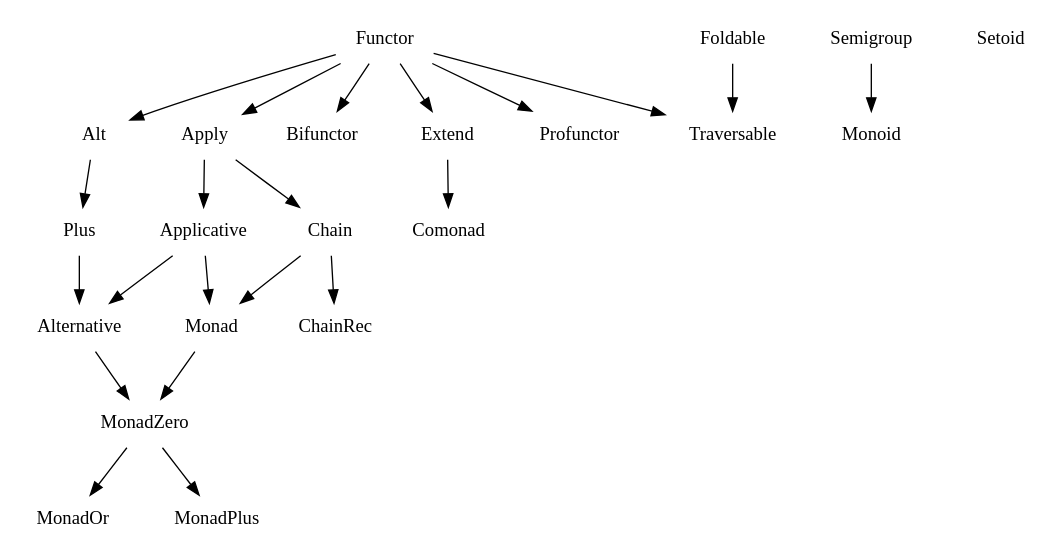
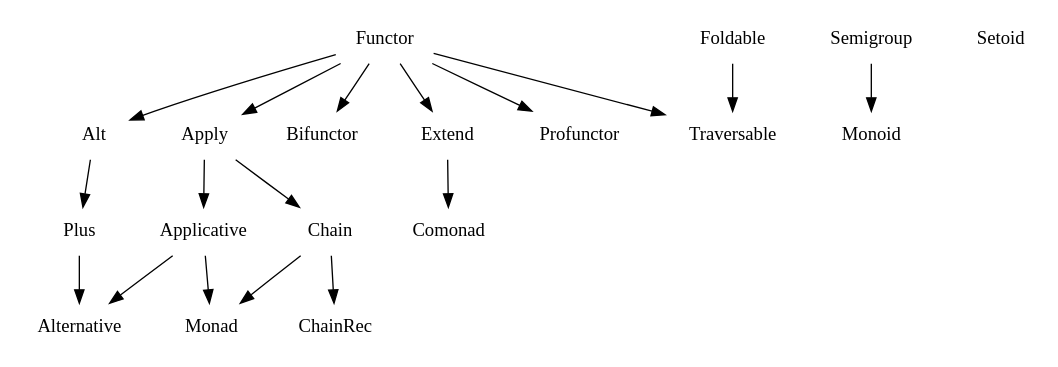
One commit to fantasyland/fantasy-land changed the diagram in figures/dependencies.dot. Above: the diagram before and after it, drawn with Graphviz. The commit also changed 9 other files, not shown here.

Commit message:
remove monad{Zero,Plus,Or} specs

```diff
--- a/figures/dependencies.dot
+++ b/figures/dependencies.dot
@@ -1,49 +1,42 @@
 digraph {
   node [shape=plaintext]
 
   # Algebras
   Alt;
   Alternative;
   Applicative;
   Apply;
   Bifunctor;
   Chain;
   ChainRec;
   Comonad;
   Extend;
   Foldable;
   Functor;
   Monad;
-  MonadOr;
-  MonadPlus;
-  MonadZero;
   Monoid;
   Plus;
   Profunctor;
   Semigroup;
   Setoid;
   Traversable;
 
   # Dependencies
   Alt -> Plus;
   Applicative -> Alternative;
   Applicative -> Monad;
-  Alternative -> MonadZero;
   Apply -> Applicative;
   Apply -> Chain;
   Chain -> ChainRec;
   Chain -> Monad;
   Extend -> Comonad;
   Foldable -> Traversable;
   Functor -> Alt;
   Functor -> Apply;
   Functor -> Bifunctor;
   Functor -> Extend;
   Functor -> Profunctor;
   Functor -> Traversable;
-  Monad -> MonadZero;
-  MonadZero -> MonadOr;
-  MonadZero -> MonadPlus;
   Plus -> Alternative;
   Semigroup -> Monoid;
 }
```
